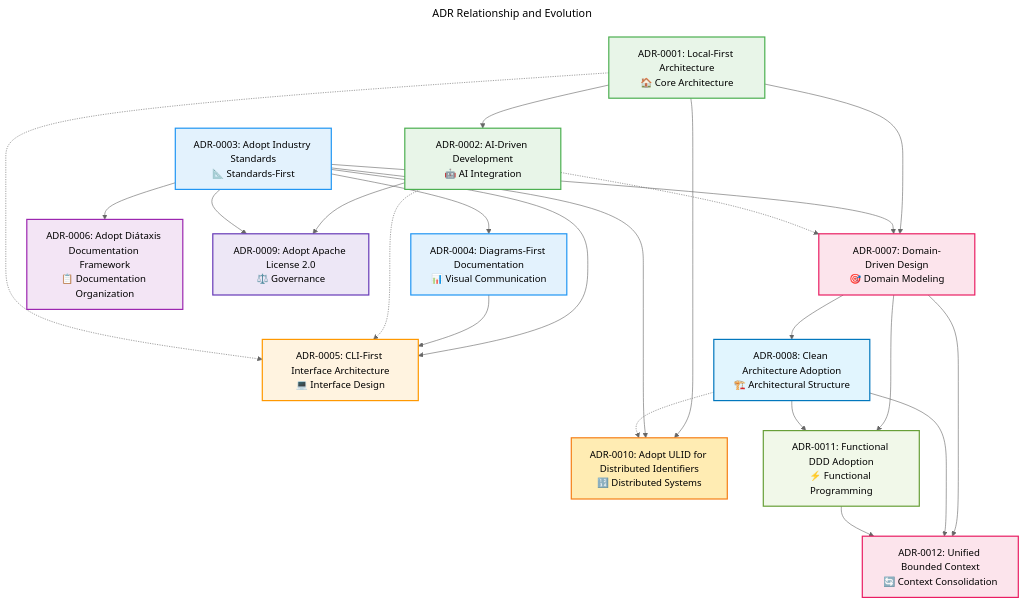
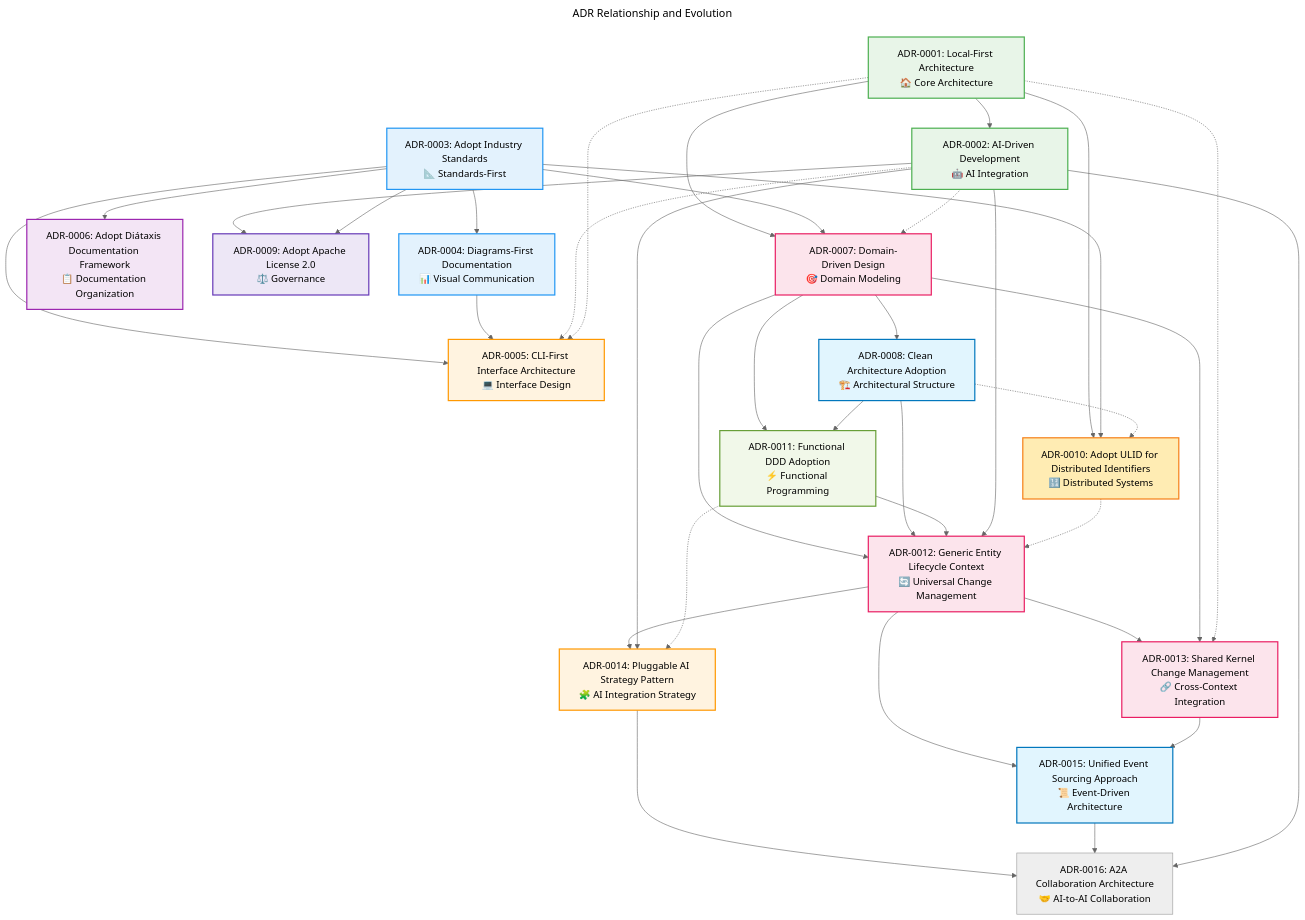
Before and after one commit to kamiazya/scopes: the second of 2 diagrams in docs/explanation/adr/README.md, drawn with Mermaid. The commit also changed other lines of this file and 23 other files, not shown here.

First line of the commit message:
docs: Convert ASCII art diagrams to Mermaid format

````diff
--- a/docs/explanation/adr/README.md
+++ b/docs/explanation/adr/README.md
@@ -155,7 +155,11 @@
   ADR_008[ADR-0008: Clean Architecture Adoption<br/>🏗️ Architectural Structure]
   ADR_0010[ADR-0010: Adopt ULID for Distributed Identifiers<br/>🔢 Distributed Systems]
   ADR_0011[ADR-0011: Functional DDD Adoption<br/>⚡ Functional Programming]
-  ADR_0012[ADR-0012: Unified Bounded Context<br/>🔄 Context Consolidation]
+  ADR_0012[ADR-0012: Generic Entity Lifecycle Context<br/>🔄 Universal Change Management]
+  ADR_0013[ADR-0013: Shared Kernel Change Management<br/>🔗 Cross-Context Integration]
+  ADR_0014[ADR-0014: Pluggable AI Strategy Pattern<br/>🧩 AI Integration Strategy]
+  ADR_0015[ADR-0015: Unified Event Sourcing Approach<br/>📜 Event-Driven Architecture]
+  ADR_0016[ADR-0016: A2A Collaboration Architecture<br/>🤝 AI-to-AI Collaboration]
 
   %% Dependencies
   ADR_003 --> ADR_004
@@ -172,9 +176,21 @@
   ADR_003 --> ADR_0010
   ADR_007 --> ADR_0011
   ADR_008 --> ADR_0011
+  
+  %% Entity Lifecycle Dependencies
   ADR_007 --> ADR_0012
   ADR_008 --> ADR_0012
   ADR_0011 --> ADR_0012
+  ADR_002 --> ADR_0012
+  ADR_0012 --> ADR_0013
+  ADR_007 --> ADR_0013
+  ADR_0012 --> ADR_0014
+  ADR_002 --> ADR_0014
+  ADR_0012 --> ADR_0015
+  ADR_0013 --> ADR_0015
+  ADR_0014 --> ADR_0016
+  ADR_0015 --> ADR_0016
+  ADR_002 --> ADR_0016
 
 
   %% Influences (dotted lines)
@@ -182,6 +198,9 @@
   ADR_001 -.-> ADR_005
   ADR_002 -.-> ADR_007
   ADR_008 -.-> ADR_0010
+  ADR_0010 -.-> ADR_0012
+  ADR_001 -.-> ADR_0013
+  ADR_0011 -.-> ADR_0014
 
   %% Styling
   classDef foundation fill:#e8f5e8,stroke:#4caf50,stroke-width:2px
@@ -205,4 +224,7 @@
   class ADR_0010 distributed
   class ADR_0011 functional
   class ADR_0012 architecture
+  class ADR_0013 architecture
+  class ADR_0014 implementation
+  class ADR_0015 structural
 ```
````
